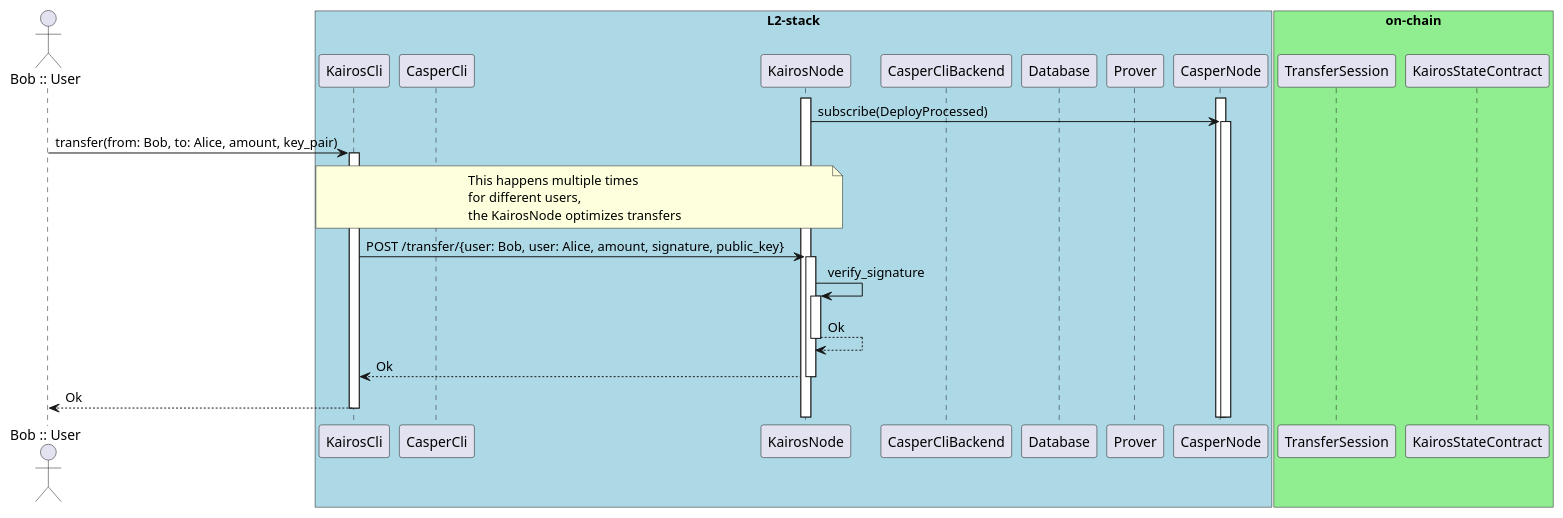
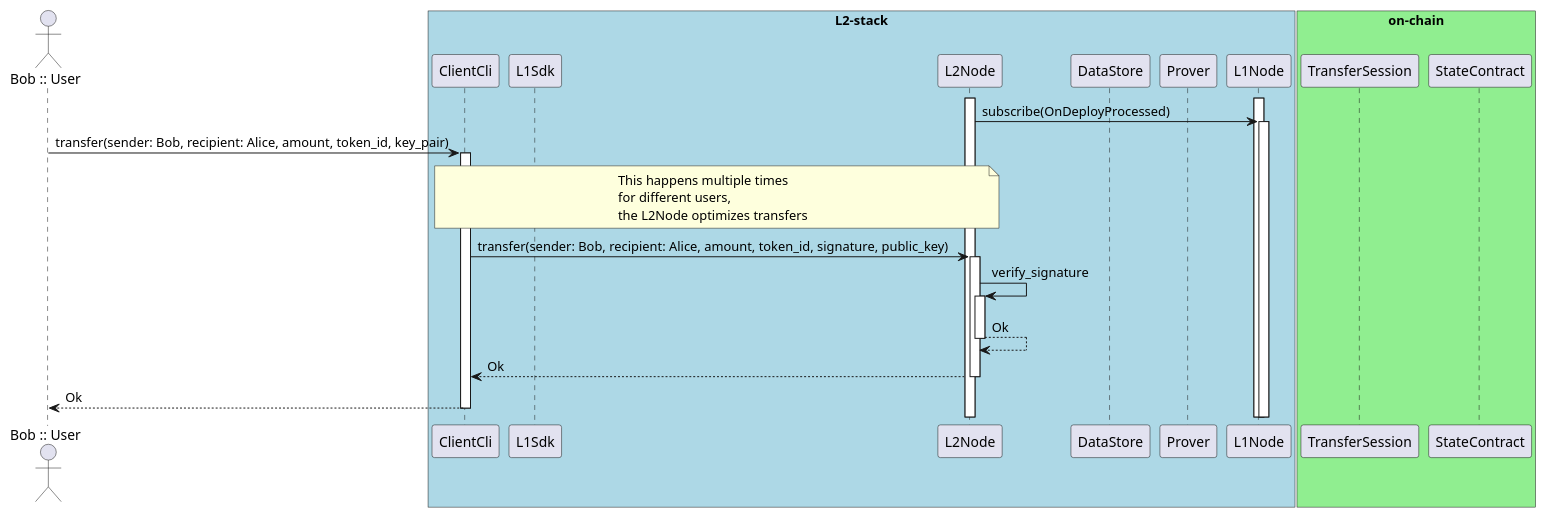
The diagram in diagrams/transfer_sequence_diagram_client_submit.puml (cspr-rad/kairos-spec), drawn with PlantUML before and after one commit. The commit also changed 6 other files, not shown here.

Commit message:
diagrams: update

```diff
--- a/diagrams/transfer_sequence_diagram_client_submit.puml
+++ b/diagrams/transfer_sequence_diagram_client_submit.puml
@@ -1,35 +1,34 @@
 @startuml
 autoactivate on
 actor "Bob :: User" as Bob
 box "L2-stack" #LightBlue
-participant KairosCli
-participant CasperCli
-participant KairosNode
-participant CasperCliBackend
-participant Database
+participant ClientCli
+participant L1Sdk
+participant L2Node
+participant DataStore
 participant Prover
-participant CasperNode
+participant L1Node
 end box
 box "on-chain" #LightGreen
 participant TransferSession
-participant KairosStateContract
+participant StateContract
 end box
 
-activate CasperNode
-activate KairosNode
+activate L1Node
+activate L2Node
 
-KairosNode -> CasperNode: subscribe(DeployProcessed)
-Bob -> KairosCli: transfer(from: Bob, to: Alice, amount, key_pair)
+L2Node -> L1Node: subscribe(OnDeployProcessed)
+Bob -> ClientCli: transfer(sender: Bob, recipient: Alice, amount, token_id, key_pair)
 
-note over KairosCli, KairosNode
+note over ClientCli, L2Node
 This happens multiple times
 for different users,
-the KairosNode optimizes transfers
+the L2Node optimizes transfers
 end note 
 
-KairosCli -> KairosNode: POST /transfer/{user: Bob, user: Alice, amount, signature, public_key}
-KairosNode -> KairosNode: verify_signature
-KairosNode --> KairosNode: Ok
-KairosNode --> KairosCli: Ok
-KairosCli --> Bob: Ok
+ClientCli -> L2Node: transfer(sender: Bob, recipient: Alice, amount, token_id, signature, public_key)
+L2Node -> L2Node: verify_signature
+L2Node --> L2Node: Ok
+L2Node --> ClientCli: Ok
+ClientCli --> Bob: Ok
 @enduml
```
